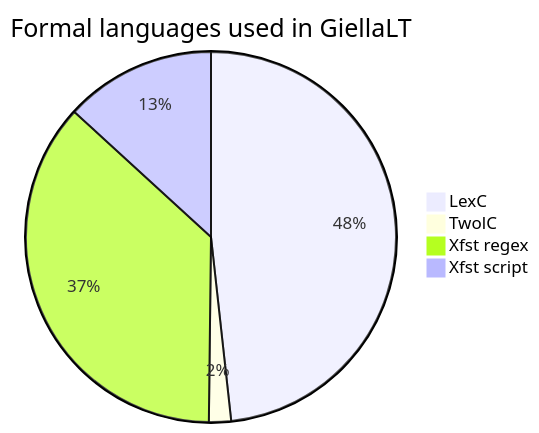
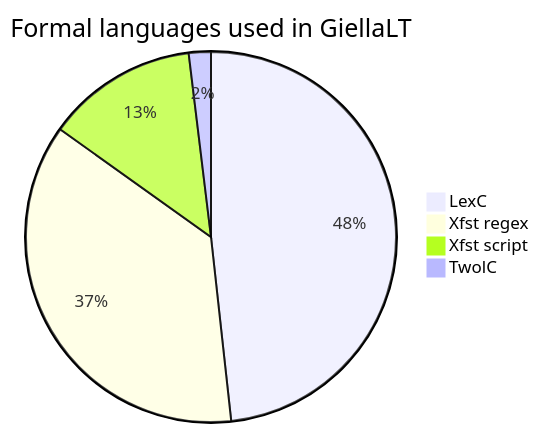
The diagram in infra/docinfra.md (giellalt/giellalt.github.io), drawn with Mermaid before and after one commit. The commit also changed other lines of this file, not shown here.

Commit message:
Clarify source of data for pie chart

````diff
--- a/infra/docinfra.md
+++ b/infra/docinfra.md
@@ -58,7 +58,7 @@
 ```mermaid
 pie title Formal languages used in GiellaLT
     "LexC" : 3129
-    "TwolC" : 125
     "Xfst regex" : 2374
     "Xfst script" : 856
+    "TwolC" : 125
 ```
````
